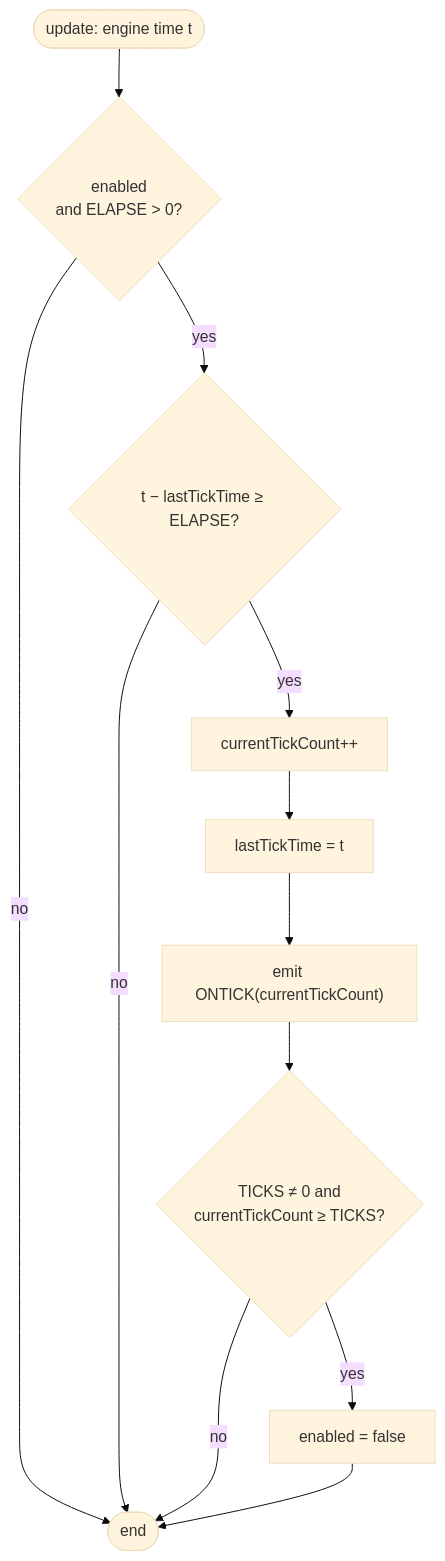
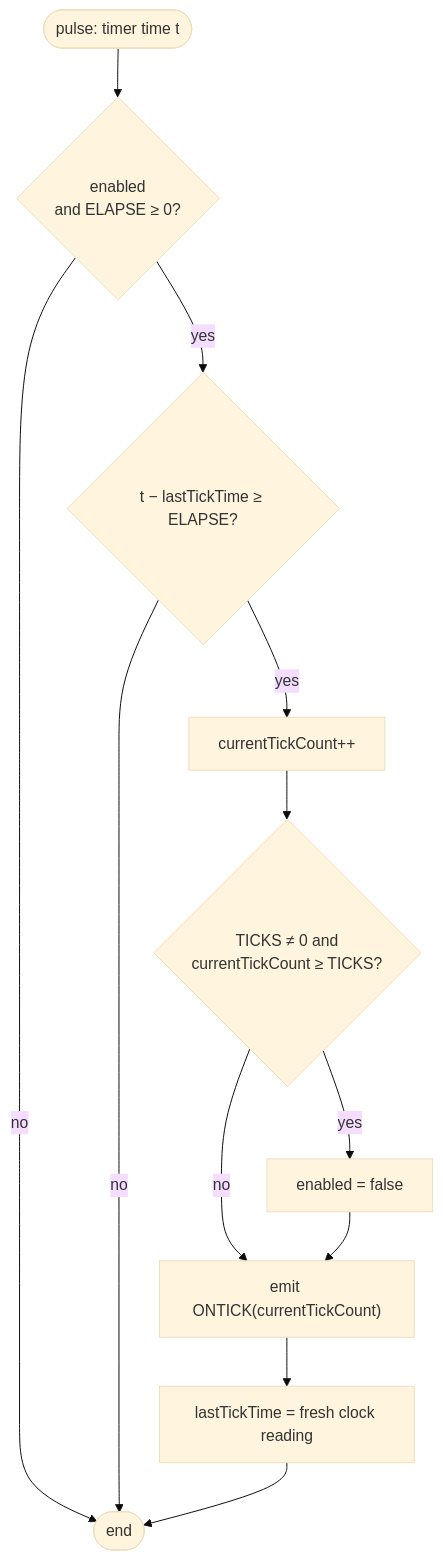
Before and after one commit to patryk025/Rex-EMoolator: the diagram in docs/en/internals/timers.md, drawn with Mermaid (base theme). The commit also changed other lines of this file and 83 other files, not shown here.

````diff
--- a/docs/en/internals/timers.md
+++ b/docs/en/internals/timers.md
@@ -29,14 +26,14 @@
 ```mermaid
 flowchart TD
-    A([update: engine time t]) --> B{enabled<br/>and ELAPSE > 0?}
+    A([pulse: timer time t]) --> B{enabled<br/>and ELAPSE ≥ 0?}
     B -- no --> Z([end])
     B -- yes --> C{t − lastTickTime ≥ ELAPSE?}
     C -- no --> Z
     C -- yes --> D[currentTickCount++]
-    D --> E[lastTickTime = t]
-    E --> F["emit ONTICK(currentTickCount)"]
-    F --> G{TICKS ≠ 0 and<br/>currentTickCount ≥ TICKS?}
+    D --> G{TICKS ≠ 0 and<br/>currentTickCount ≥ TICKS?}
     G -- yes --> H[enabled = false]
-    G -- no --> Z
-    H --> Z
+    G -- no --> F
+    H --> F["emit ONTICK(currentTickCount)"]
+    F --> E[lastTickTime = fresh clock reading]
+    E --> Z
 ```
````
